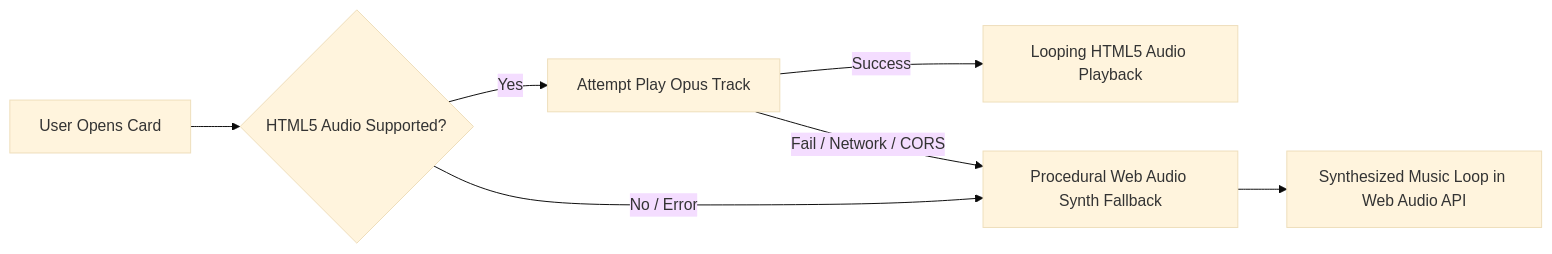
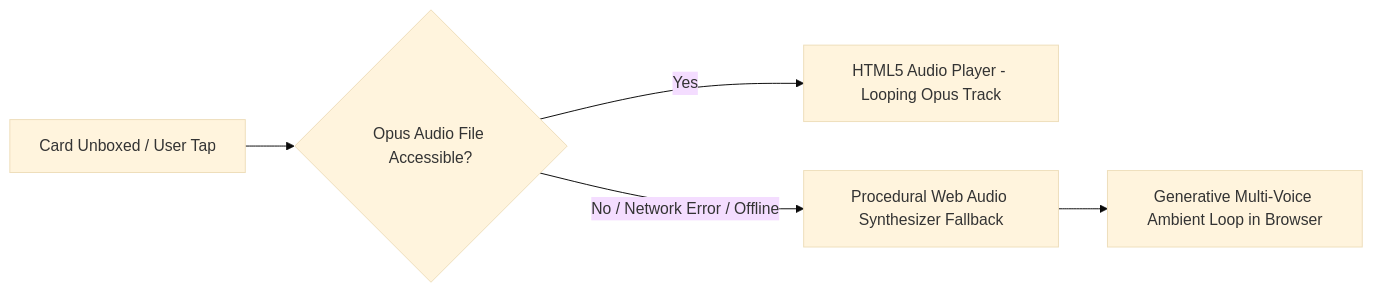
One commit to nugraha221001/elcelebrate changed the third of 3 diagrams in PROJECT_CONTEXT.md. Above: the diagram before and after it, drawn with Mermaid (base theme). The commit also changed other lines of this file and 6 other files, not shown here.

````diff
--- a/PROJECT_CONTEXT.md
+++ b/PROJECT_CONTEXT.md
@@ -655,9 +480,7 @@
 ```mermaid
 flowchart LR
-    A[User Opens Card] --> B{HTML5 Audio Supported?}
-    B -->|Yes| C[Attempt Play Opus Track]
-    C -->|Success| D[Looping HTML5 Audio Playback]
-    C -->|Fail / Network / CORS| E[Procedural Web Audio Synth Fallback]
-    B -->|No / Error| E
-    E --> F[Synthesized Music Loop in Web Audio API]
+    A[Card Unboxed / User Tap] --> B{Opus Audio File Accessible?}
+    B -->|Yes| C[HTML5 Audio Player - Looping Opus Track]
+    B -->|No / Network Error / Offline| D[Procedural Web Audio Synthesizer Fallback]
+    D --> E[Generative Multi-Voice Ambient Loop in Browser]
 ```
````
